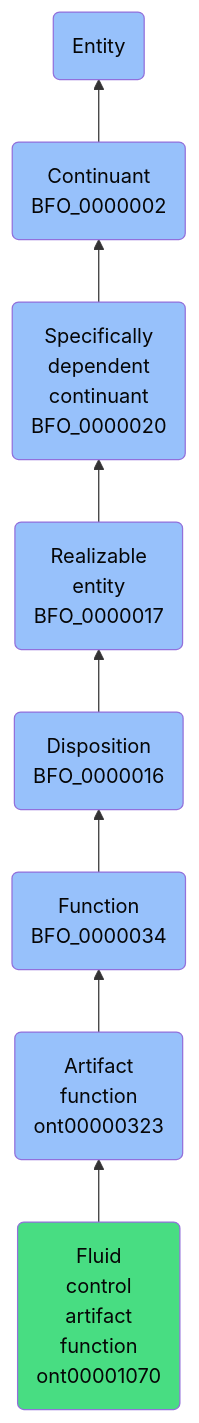
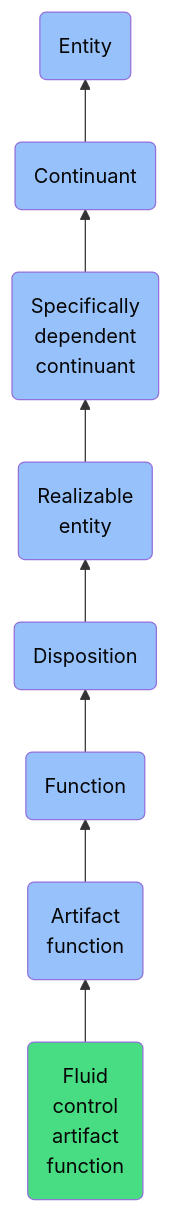
The diagram in docs/ontology/reference/model/Entity/Continuant/Specifically dependent continuant/Realizable entity/Disposition/Function/Artifact function/Fluid control artifact function/Fluid control artifact function.md (jupyter-naas/abi), drawn with Mermaid before and after one commit. The commit also changed other lines of this file and 1430 other files, not shown here.

````diff
--- a/docs/ontology/reference/model/Entity/Continuant/Specifically dependent continuant/Realizable entity/Disposition/Function/Artifact function/Fluid control artifact function/Fluid control artifact function.md
+++ b/docs/ontology/reference/model/Entity/Continuant/Specifically dependent continuant/Realizable entity/Disposition/Function/Artifact function/Fluid control artifact function/Fluid control artifact function.md
@@ -24,15 +24,15 @@
 ```mermaid
 graph BT
-    ont00001070(Fluid<br>control<br>artifact<br>function<br>ont00001070):::ABI-->ont00000323
-    ont00000323(Artifact<br>function<br>ont00000323):::BFO-->BFO_0000034
-    BFO_0000034(Function<br>BFO_0000034):::BFO-->BFO_0000016
-    BFO_0000016(Disposition<br>BFO_0000016):::BFO-->BFO_0000017
-    BFO_0000017(Realizable<br>entity<br>BFO_0000017):::BFO-->BFO_0000020
-    BFO_0000020(Specifically<br>dependent<br>continuant<br>BFO_0000020):::BFO-->BFO_0000002
-    BFO_0000002(Continuant<br>BFO_0000002):::BFO-->BFO_0000001
+    ont00001070(Fluid<br>control<br>artifact<br>function):::ABI-->ont00000323
+    ont00000323(Artifact<br>function):::BFO-->BFO_0000034
+    BFO_0000034(Function):::BFO-->BFO_0000016
+    BFO_0000016(Disposition):::BFO-->BFO_0000017
+    BFO_0000017(Realizable<br>entity):::BFO-->BFO_0000020
+    BFO_0000020(Specifically<br>dependent<br>continuant):::BFO-->BFO_0000002
+    BFO_0000002(Continuant):::BFO-->BFO_0000001
     BFO_0000001(Entity):::BFO
     
     classDef BFO fill:#97c1fb,color:#060606
     classDef CCO fill:#e4c51e,color:#060606
     classDef ABI fill:#48DD82,color:#060606
 ```
````
